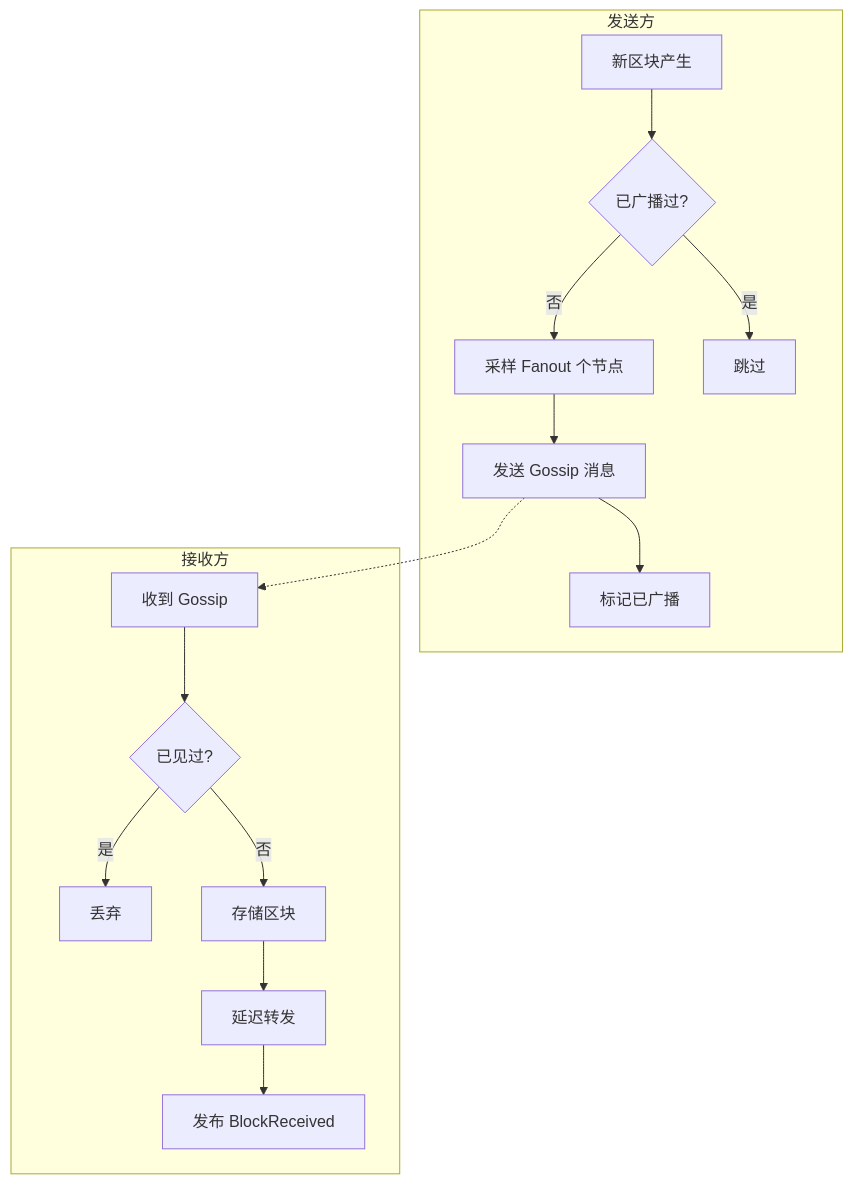
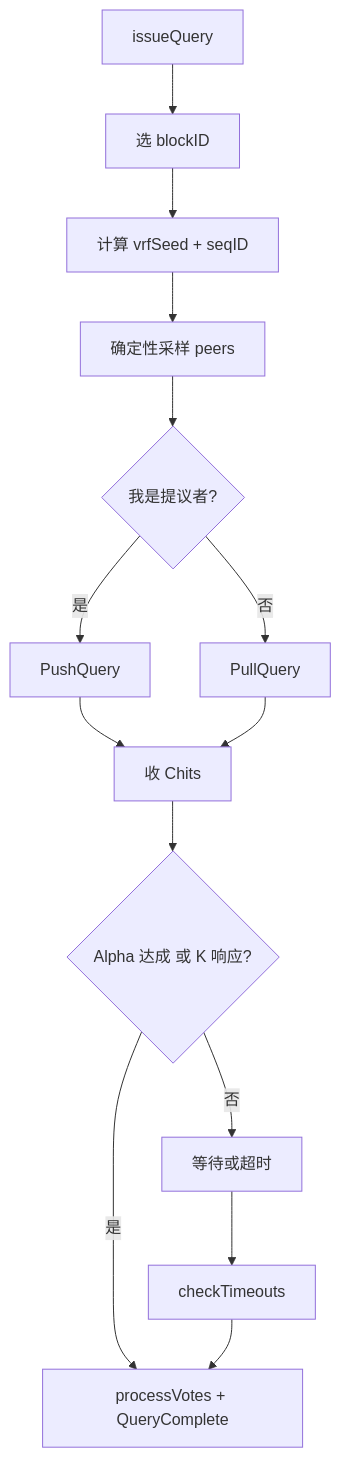
Before and after one commit to davidLeeeeeeeeeeee/dex: the second of 2 diagrams in consensus/design.md, drawn with Mermaid. The commit also changed other lines of this file and 36 other files, not shown here.

````diff
--- a/consensus/design.md
+++ b/consensus/design.md
@@ -402,20 +146,16 @@
 ```mermaid
 flowchart TD
-    subgraph 发送方
-        NEW[新区块产生] --> CHECK{已广播过?}
-        CHECK -->|否| SAMPLE[采样 Fanout 个节点]
-        CHECK -->|是| SKIP[跳过]
-        SAMPLE --> SEND[发送 Gossip 消息]
-        SEND --> MARK[标记已广播]
-    end
-
-    subgraph 接收方
-        RECV[收到 Gossip] --> DUP{已见过?}
-        DUP -->|是| DROP[丢弃]
-        DUP -->|否| STORE[存储区块]
-        STORE --> FORWARD[延迟转发]
-        FORWARD --> EVENT[发布 BlockReceived]
-    end
-
-    SEND -.-> RECV
+    A[issueQuery] --> B[选 blockID]
+    B --> C[计算 vrfSeed + seqID]
+    C --> D[确定性采样 peers]
+    D --> E{我是提议者?}
+    E -->|是| F[PushQuery]
+    E -->|否| G[PullQuery]
+    F --> H[收 Chits]
+    G --> H
+    H --> I{Alpha 达成 或 K 响应?}
+    I -->|是| J[processVotes + QueryComplete]
+    I -->|否| K[等待或超时]
+    K --> L[checkTimeouts]
+    L --> J
 ```
````
